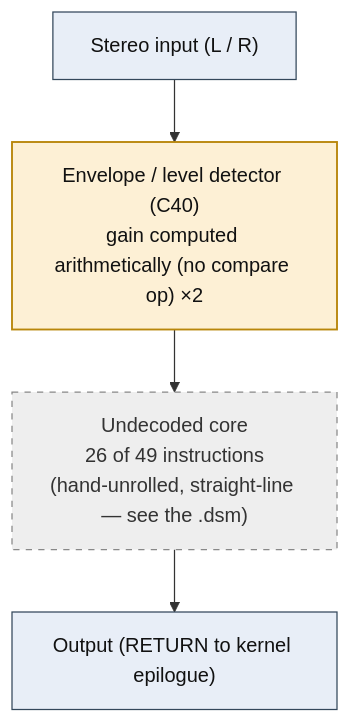
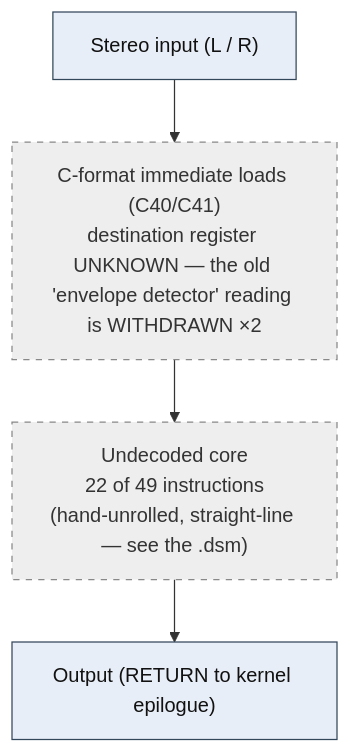
Before and after one commit to ArqueologiaDigital/KN5000-docs: the diagram in flowcharts/prog00_no_operation.md, drawn with Mermaid. The commit also changed other lines of this file and 38 other files, not shown here.

First line of the commit message:
flowcharts: withdraw the envelope-detector reading, decode the DRAM accesses

````diff
--- a/flowcharts/prog00_no_operation.md
+++ b/flowcharts/prog00_no_operation.md
@@ -19,20 +19,19 @@
 ```mermaid
 flowchart TD
     N0["Stereo input (L / R)"]
-    N1["Envelope / level detector (C40)<br/>gain computed arithmetically (no compare op) &times;2"]
+    N1["C-format immediate loads (C40/C41)<br/>destination register UNKNOWN &mdash; the old 'envelope detector' reading is WITHDRAWN &times;2"]
     N0 --> N1
-    N2["Undecoded core<br/>26 of 49 instructions<br/>(hand-unrolled, straight-line &mdash; see the .dsm)"]
+    N2["Undecoded core<br/>22 of 49 instructions<br/>(hand-unrolled, straight-line &mdash; see the .dsm)"]
     N1 --> N2
     N3["Output (RETURN to kernel epilogue)"]
     N2 --> N3
 
     classDef io fill:#e8eef7,stroke:#33475b,stroke-width:1px,color:#111;
     classDef proven fill:#d7f0d7,stroke:#2e7d32,stroke-width:2px,color:#111;
     classDef measured fill:#dbe9fb,stroke:#1565c0,stroke-width:1.5px,color:#111;
     classDef inferred fill:#fdf0d5,stroke:#b8860b,stroke-width:1.5px,color:#111;
     classDef open fill:#eeeeee,stroke:#888,stroke-width:1px,color:#333,stroke-dasharray:5 5;
     classDef ctrl fill:#f3e8fb,stroke:#6a1b9a,stroke-width:1px,color:#111;
     class N0,N3 io;
-    class N1 inferred;
-    class N2 open;
+    class N1,N2 open;
 ```
````
